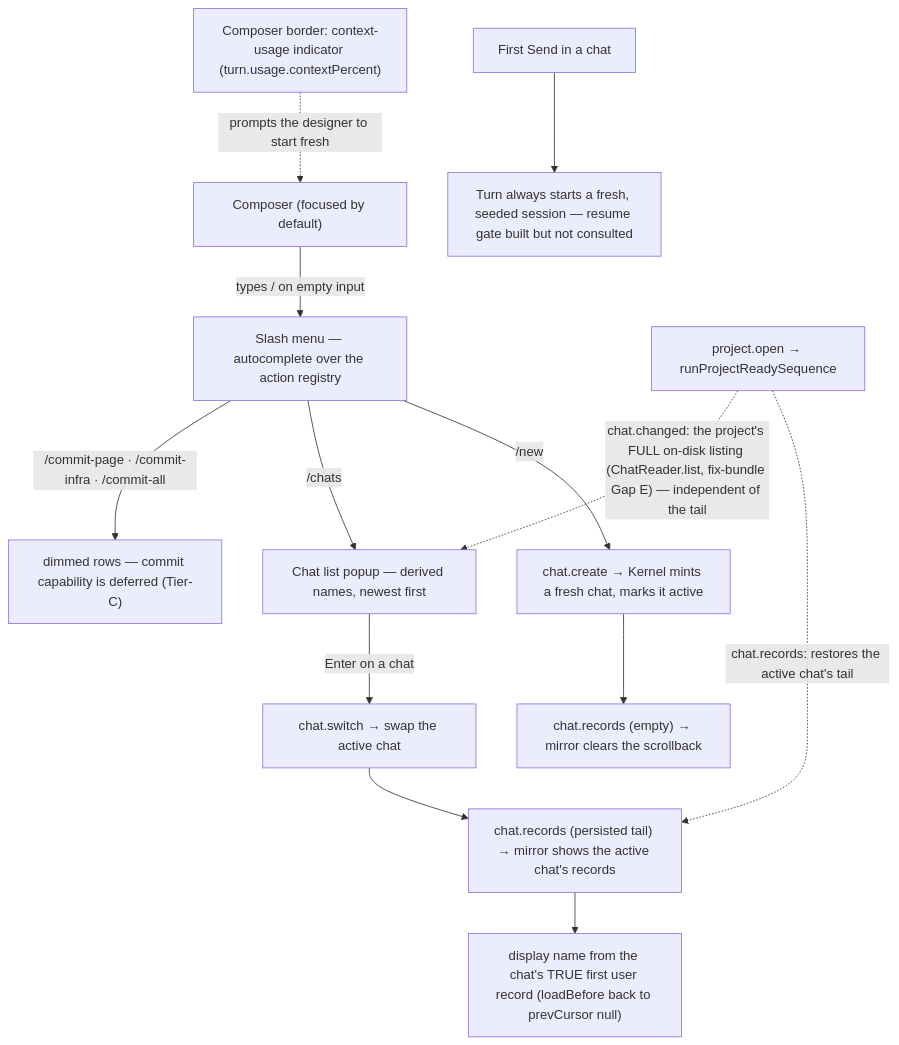
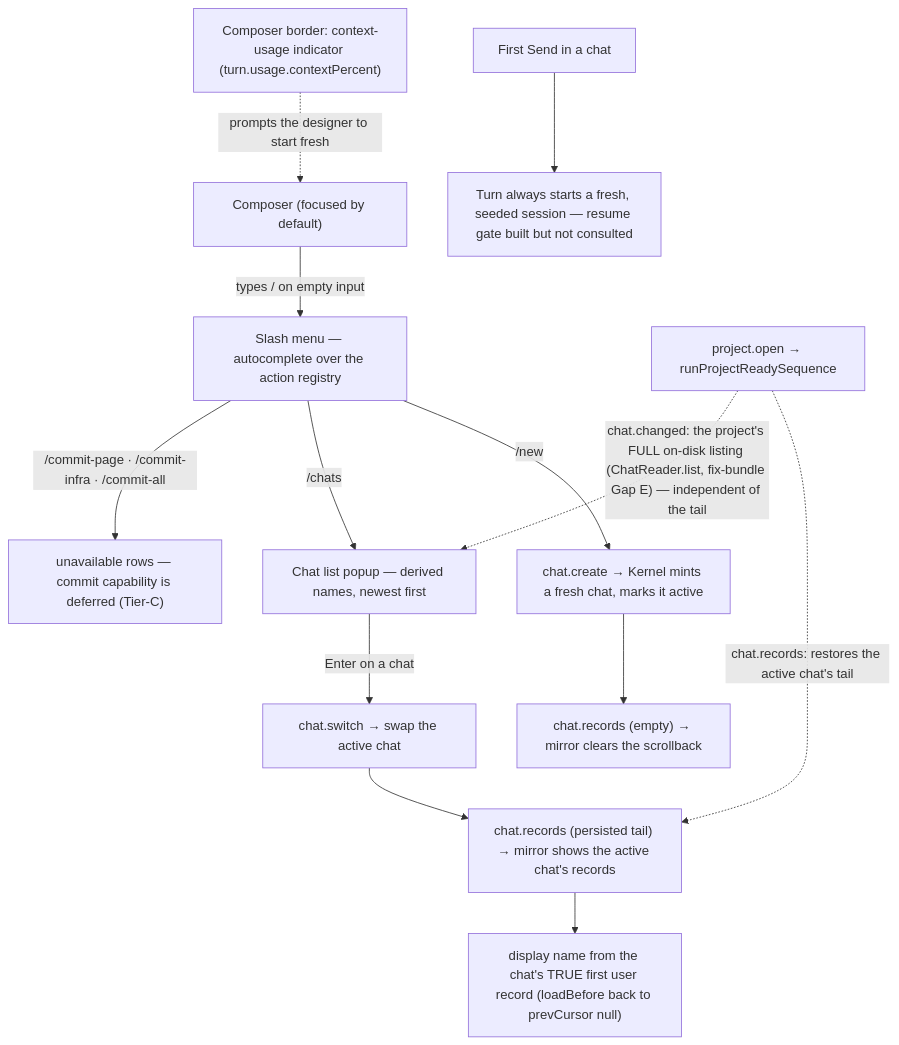
One commit to khmilevoi/termcraft changed the diagram in docs/architecture/flows/chats.md. Above: the diagram before and after it, drawn with Mermaid. The commit also changed other lines of this file and 13 other files, not shown here.

````diff
--- a/docs/architecture/flows/chats.md
+++ b/docs/architecture/flows/chats.md
@@ -3,15 +3,15 @@
 ```mermaid
 flowchart TD
     composer["Composer (focused by default)"] -- "types / on empty input" --> menu["Slash menu — autocomplete over the action registry"]
     menu -- "/new" --> create["chat.create → Kernel mints a fresh chat, marks it active"]
     menu -- "/chats" --> list["Chat list popup — derived names, newest first"]
-    menu -- "/commit-page · /commit-infra · /commit-all" --> commit["dimmed rows — commit capability is deferred (Tier-C)"]
+    menu -- "/commit-page · /commit-infra · /commit-all" --> commit["unavailable rows — commit capability is deferred (Tier-C)"]
     list -- "Enter on a chat" --> switch["chat.switch → swap the active chat"]
     create --> emptytail["chat.records (empty) → mirror clears the scrollback"]
     switch --> tail["chat.records (persisted tail) → mirror shows the active chat's records"]
     tail --> name["display name from the chat's TRUE first user record (loadBefore back to prevCursor null)"]
     send["First Send in a chat"] --> fresh["Turn always starts a fresh, seeded session — resume gate built but not consulted"]
     relaunch["project.open → runProjectReadySequence"] -. "chat.records: restores the active chat's tail" .-> tail
     relaunch -. "chat.changed: the project's FULL on-disk listing (ChatReader.list, fix-bundle Gap E) — independent of the tail" .-> list
     usage["Composer border: context-usage indicator (turn.usage.contextPercent)"] -. "prompts the designer to start fresh" .-> composer
 ```
````
